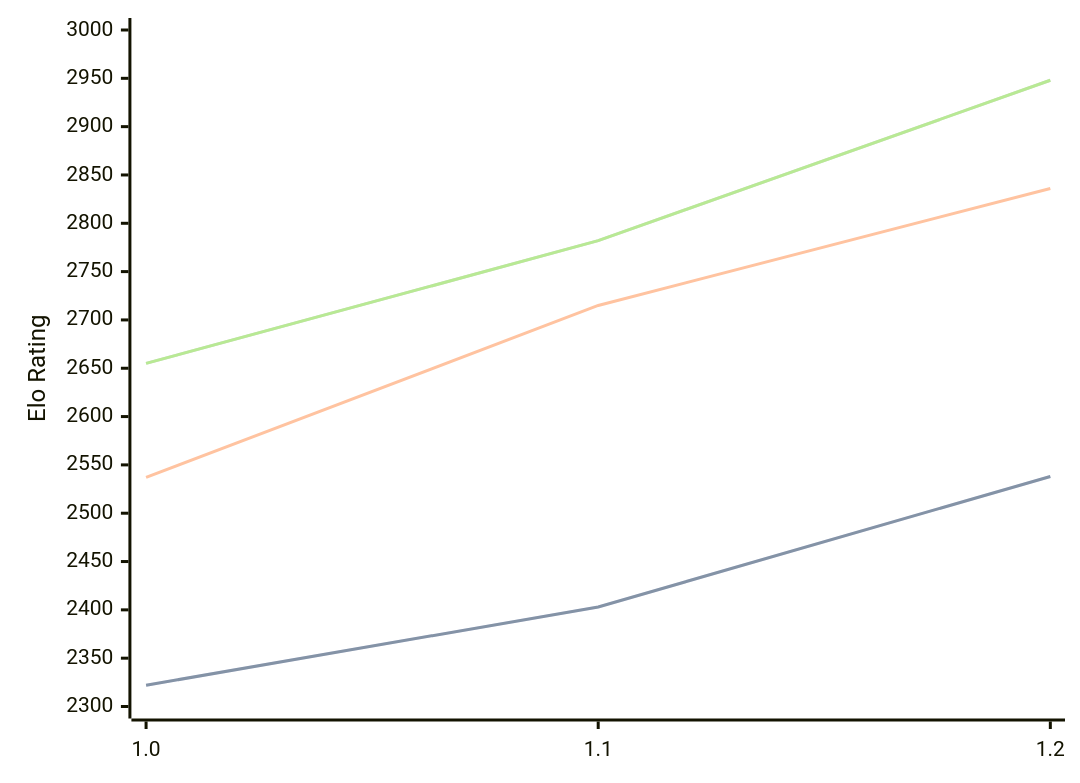
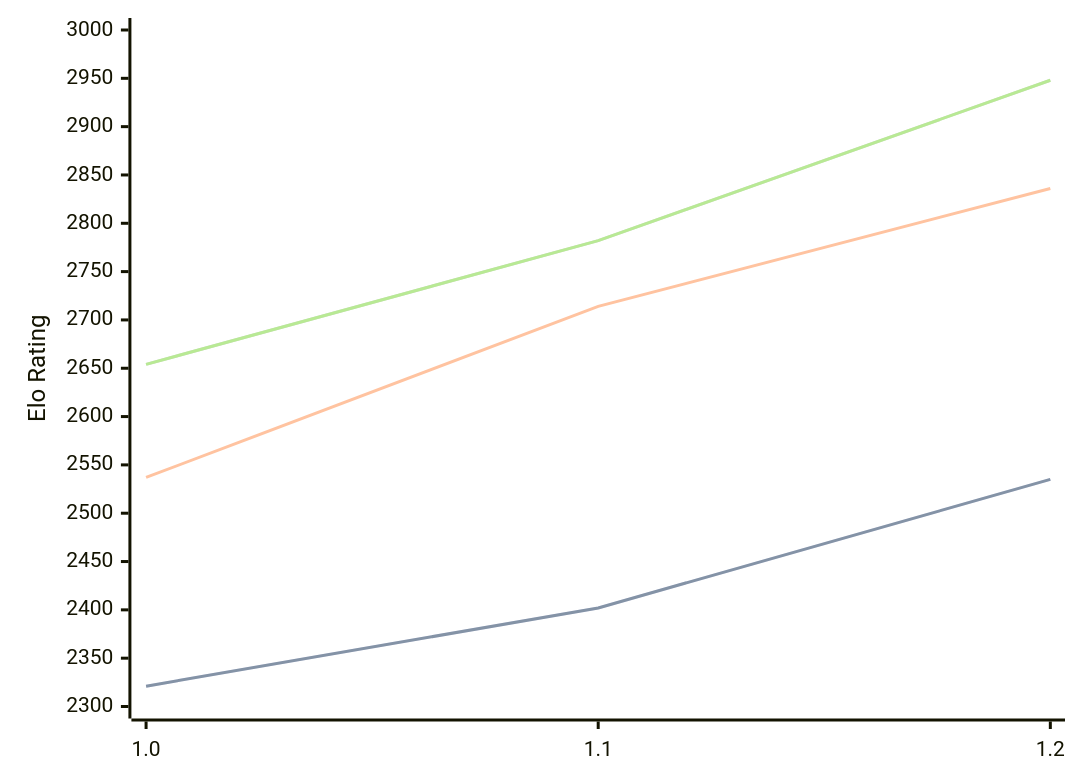
One commit to computer-chess-index/cci changed the diagram in engines/FoxChess.md. Above: the diagram before and after it, drawn with Mermaid. The commit also changed other lines of this file, not shown here.

Commit message:
Update CCI Ratings (ELO VLTC) - 2026-10-01

````diff
--- a/engines/FoxChess.md
+++ b/engines/FoxChess.md
@@ -33,11 +33,11 @@
 ```mermaid
 %%{init: {"theme":"base","themeVariables":{"seriesColors:['#a3a3a3','#222221','#faa371']}}}%%
 xychart-beta
   x-axis ["1.0", "1.1", "1.2"]
   y-axis "Elo Rating" 2300 --> 3000
-  line "" [2322, 2403, 2538]
-  line "STC (8.0+0.08s)" [2322, 2403, 2538]
-  line "LTC (60.0+0.60s)" [2537, 2715, 2836]
-  line "" [2655, 2782, 2948]
-  line "VLTC (2m24s+1.12s)" [2655, 2782, 2948]
+  line "" [2321, 2402, 2535]
+  line "STC (8.0+0.08s)" [2321, 2402, 2535]
+  line "LTC (60.0+0.60s)" [2537, 2714, 2836]
+  line "" [2654, 2782, 2948]
+  line "VLTC (2m24s+1.12s)" [2654, 2782, 2948]
 ```
````
